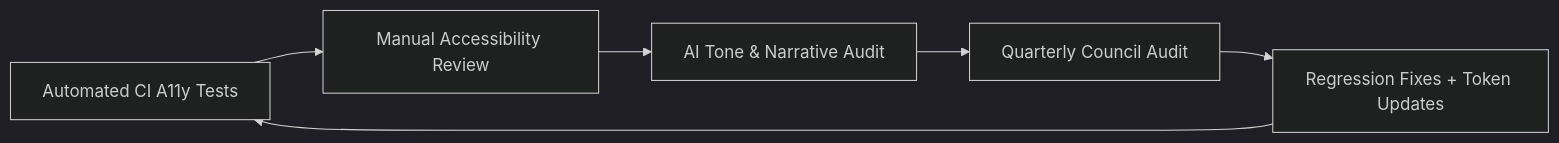
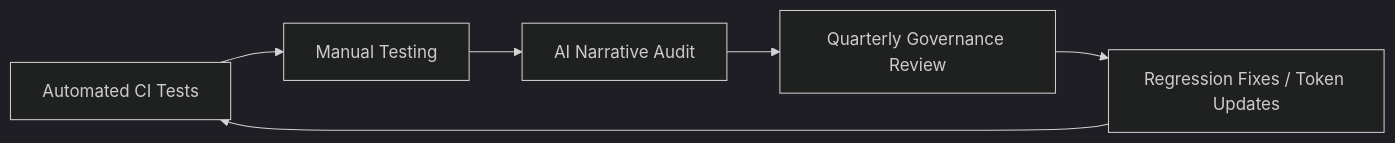
The diagram in docs/accessibility/testing-guide.md (bartytime4life/Kansas-Frontier-Matrix), drawn with Mermaid (dark theme) before and after one commit. The commit also changed other lines of this file, not shown here.

````diff
--- a/docs/accessibility/testing-guide.md
+++ b/docs/accessibility/testing-guide.md
@@ -226,8 +249,8 @@
-```mermaid
+~~~mermaid
 flowchart LR
-  A["Automated CI A11y Tests"] --> B["Manual Accessibility Review"]
-  B --> C["AI Tone & Narrative Audit"]
-  C --> D["Quarterly Council Audit"]
-  D --> E["Regression Fixes + Token Updates"]
+  A["Automated CI Tests"] --> B["Manual Testing"]
+  B --> C["AI Narrative Audit"]
+  C --> D["Quarterly Governance Review"]
+  D --> E["Regression Fixes / Token Updates"]
   E --> A
-```
+~~~
````
